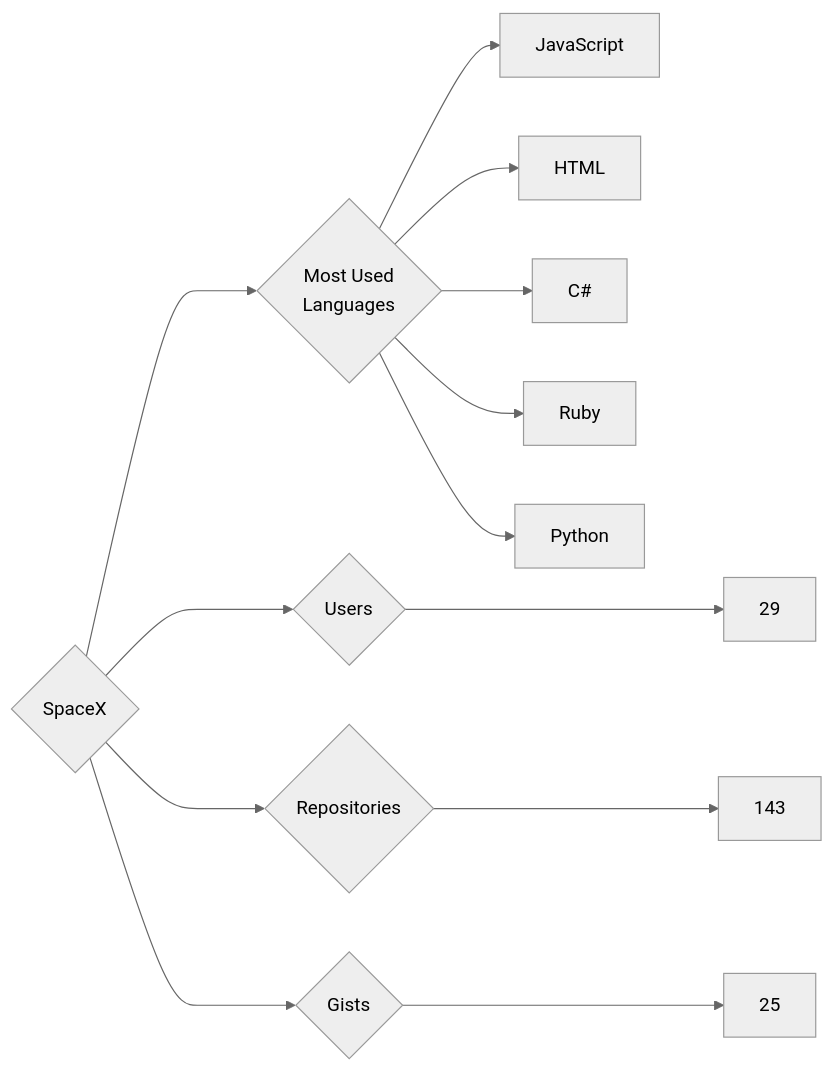
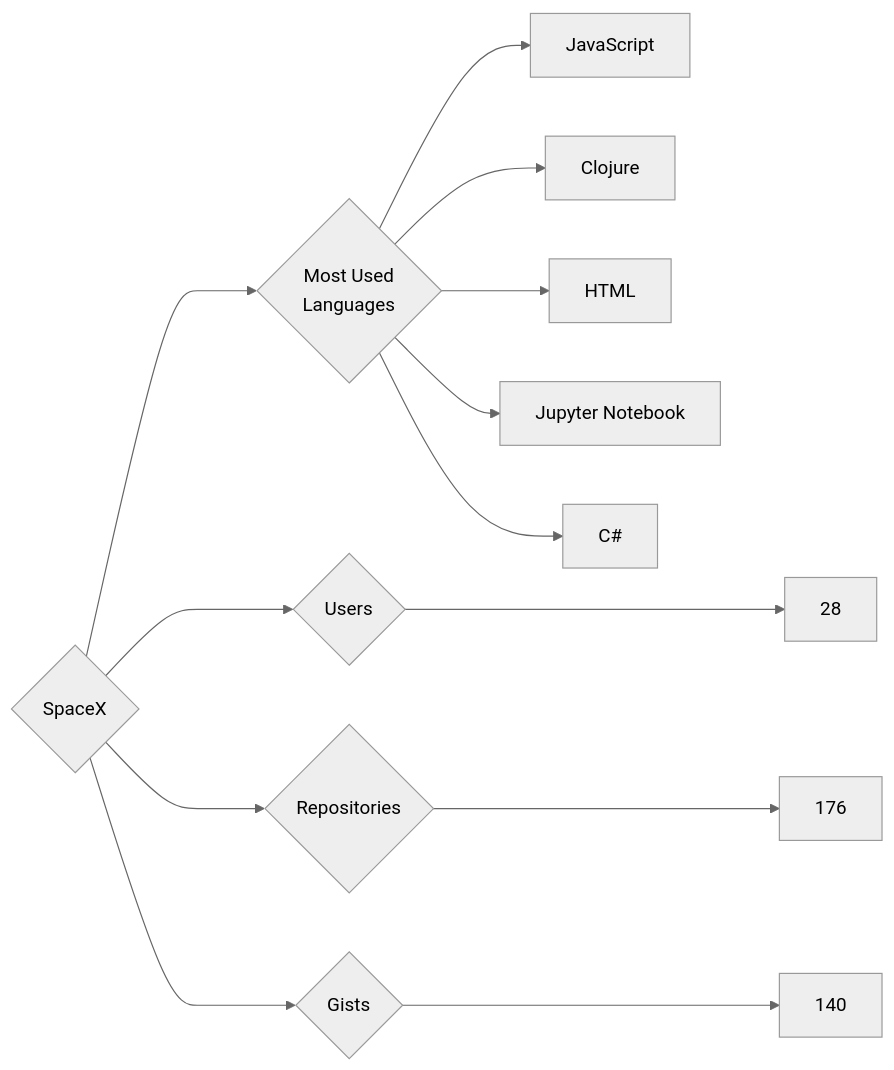
The diagram in targets/SpaceX/README.md (trickest/insiders), drawn with Mermaid (neutral theme) before and after one commit. The commit also changed 939 other files, not shown here.

````diff
--- a/targets/SpaceX/README.md
+++ b/targets/SpaceX/README.md
@@ -3,13 +3,13 @@
 ```mermaid
 graph LR
 COMPANY_NAME{SpaceX}
-COMPANY_NAME ---> U{Users} ---> UN[29]
-COMPANY_NAME ---> R{Repositories} ---> RN[143]
-COMPANY_NAME ---> G{Gists} ---> GN[25]
+COMPANY_NAME ---> U{Users} ---> UN[28]
+COMPANY_NAME ---> R{Repositories} ---> RN[176]
+COMPANY_NAME ---> G{Gists} ---> GN[140]
 COMPANY_NAME ---> ML{Most Used<br>Languages}
 ML --> JavaScript[JavaScript]
+ML --> Clojure[Clojure]
 ML --> HTML[HTML]
+ML --> Jupyter_Notebook[Jupyter Notebook]
 ML --> C#[C#]
-ML --> Ruby[Ruby]
-ML --> Python[Python]
 ```
````
